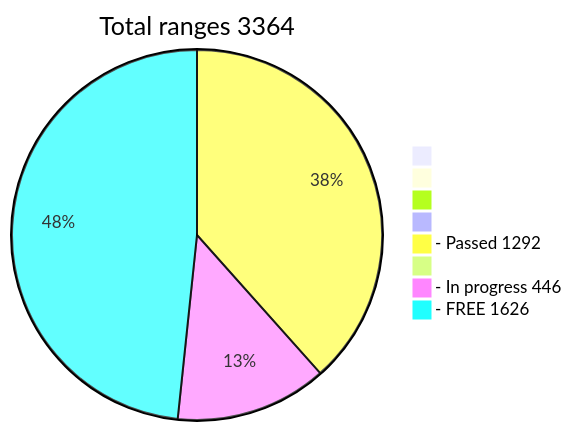
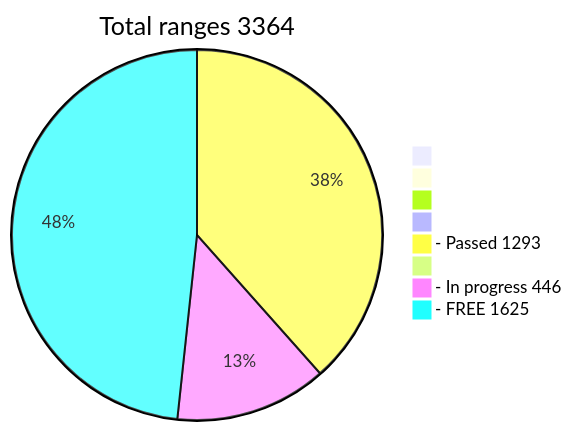
One commit to phrutis/wif500 changed the diagram in README.md. Above: the diagram before and after it, drawn with Mermaid.

````diff
--- a/README.md
+++ b/README.md
@@ -16,12 +16,12 @@
 ```mermaid
 pie title Total ranges 3364
              " " : 0
             "  " : 0
            "   " : 0
           "    " : 0
-  "- Passed 1292" : 1292
+  "- Passed 1293" : 1293
          "     " : 0
   "- In progress 446" : 446
-   "- FREE 1626" : 1626
+   "- FREE 1625" : 1625
    
 ```
````
